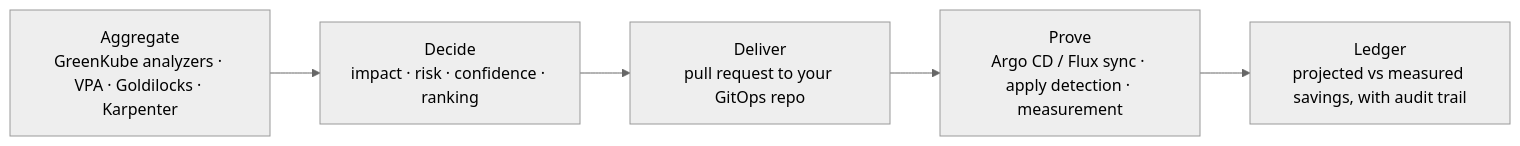
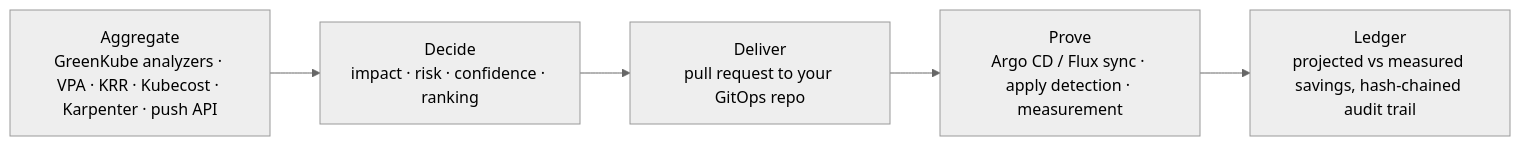
One commit to GreenKubeCloud/GreenKube changed the diagram in README.md. Above: the diagram before and after it, drawn with Mermaid (neutral theme). The commit also changed other lines of this file, not shown here.

````diff
--- a/README.md
+++ b/README.md
@@ -27,7 +27,7 @@
 ```mermaid
 flowchart LR
-  A["Aggregate<br/>GreenKube analyzers · VPA · Goldilocks · Karpenter"] --> D["Decide<br/>impact · risk · confidence · ranking"]
+  A["Aggregate<br/>GreenKube analyzers · VPA · KRR · Kubecost · Karpenter · push API"] --> D["Decide<br/>impact · risk · confidence · ranking"]
   D --> V["Deliver<br/>pull request to your GitOps repo"]
   V --> P["Prove<br/>Argo CD / Flux sync · apply detection · measurement"]
-  P --> L["Ledger<br/>projected vs measured savings, with audit trail"]
+  P --> L["Ledger<br/>projected vs measured savings, hash-chained audit trail"]
 ```
````
